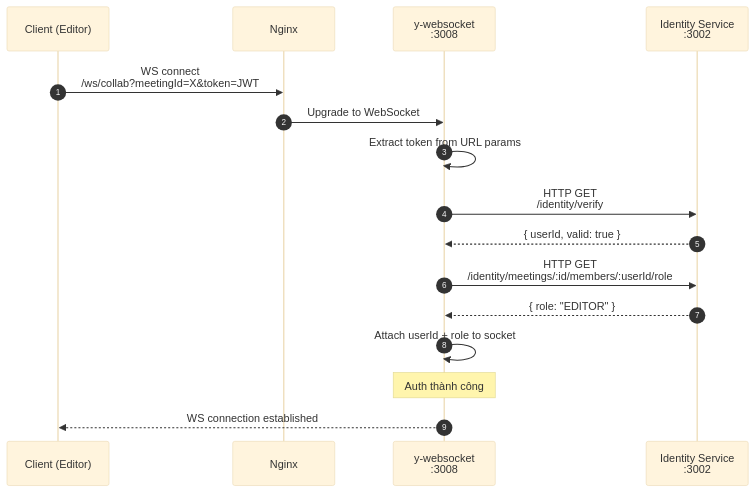
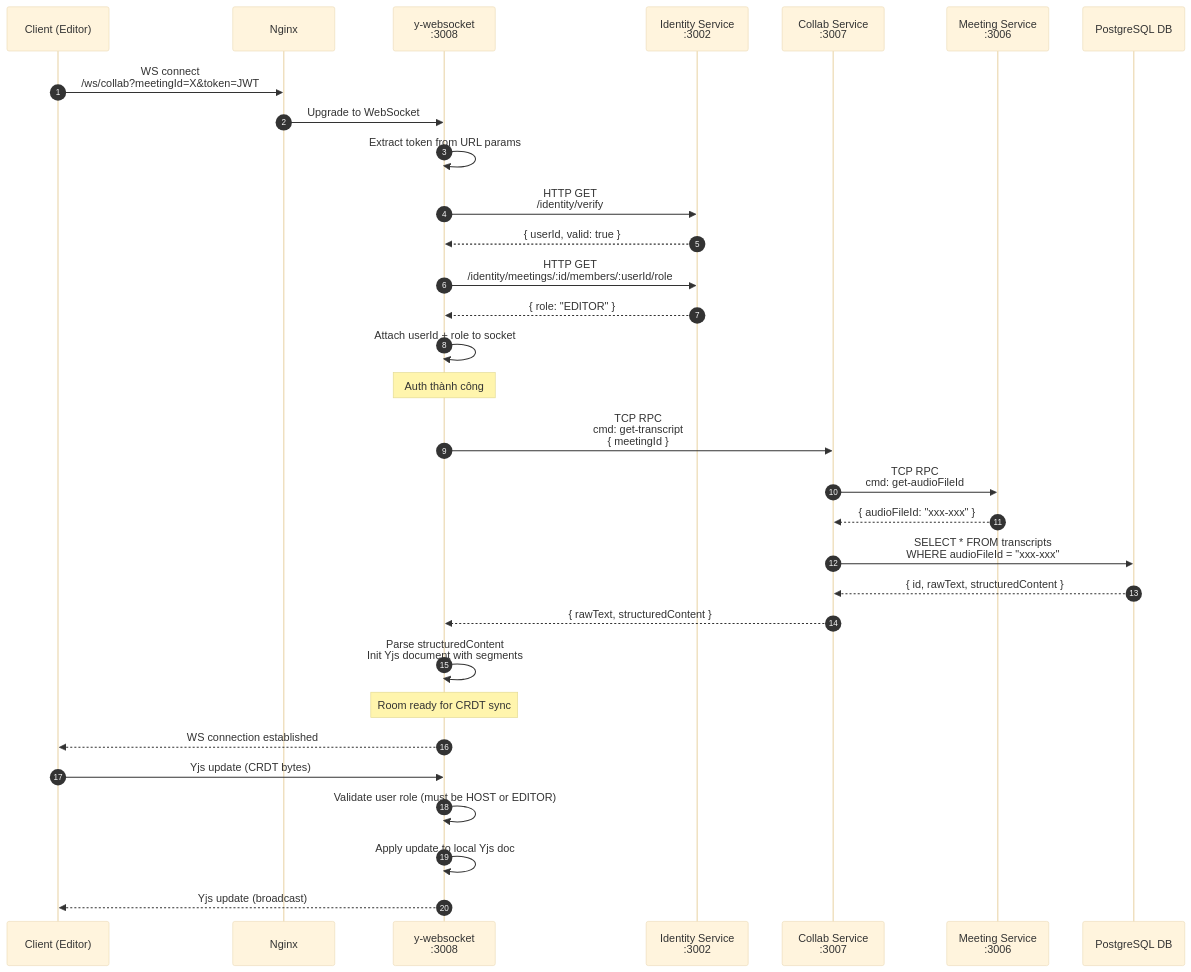
Before and after one commit to Yamaaaaaaaa/VDT_miniproject_TranscriptHub: the second of 5 diagrams in documents/ms/collab_service/idea/architecture.md, drawn with Mermaid (base theme). The commit also changed other lines of this file and 31 other files, not shown here.

Commit message:
Collab Service - microservice code (service  với các api cơ bản, chưa có y-ws server)

````diff
--- a/documents/ms/collab_service/idea/architecture.md
+++ b/documents/ms/collab_service/idea/architecture.md
@@ -157,19 +149,36 @@
 ```mermaid
 sequenceDiagram
     autonumber
     participant Client as Client (Editor)
     participant Nginx as Nginx
     participant yWS as y-websocket<br/>:3008
     participant Identity as Identity Service<br/>:3002
+    participant Collab as Collab Service<br/>:3007
+    participant Meeting as Meeting Service<br/>:3006
+    participant PG as PostgreSQL DB
 
     Client->>Nginx: WS connect<br/>/ws/collab?meetingId=X&token=JWT
     Nginx->>yWS: Upgrade to WebSocket
     yWS->>yWS: Extract token from URL params
     yWS->>Identity: HTTP GET<br/>/identity/verify
     Identity-->>yWS: { userId, valid: true }
     yWS->>Identity: HTTP GET<br/>/identity/meetings/:id/members/:userId/role
     Identity-->>yWS: { role: "EDITOR" }
     yWS->>yWS: Attach userId + role to socket
     Note over yWS: Auth thành công
+
+    yWS->>Collab: TCP RPC<br/>cmd: get-transcript<br/>{ meetingId }
+    Collab->>Meeting: TCP RPC<br/>cmd: get-audioFileId
+    Meeting-->>Collab: { audioFileId: "xxx-xxx" }
+    Collab->>PG: SELECT * FROM transcripts<br/>WHERE audioFileId = "xxx-xxx"
+    PG-->>Collab: { id, rawText, structuredContent }
+    Collab-->>yWS: { rawText, structuredContent }
+    yWS->>yWS: Parse structuredContent<br/>Init Yjs document with segments
+    Note over yWS: Room ready for CRDT sync
+
     yWS-->>Client: WS connection established
+    Client->>yWS: Yjs update (CRDT bytes)
+    yWS->>yWS: Validate user role (must be HOST or EDITOR)
+    yWS->>yWS: Apply update to local Yjs doc
+    yWS-->>Client: Yjs update (broadcast)
 ```
````
